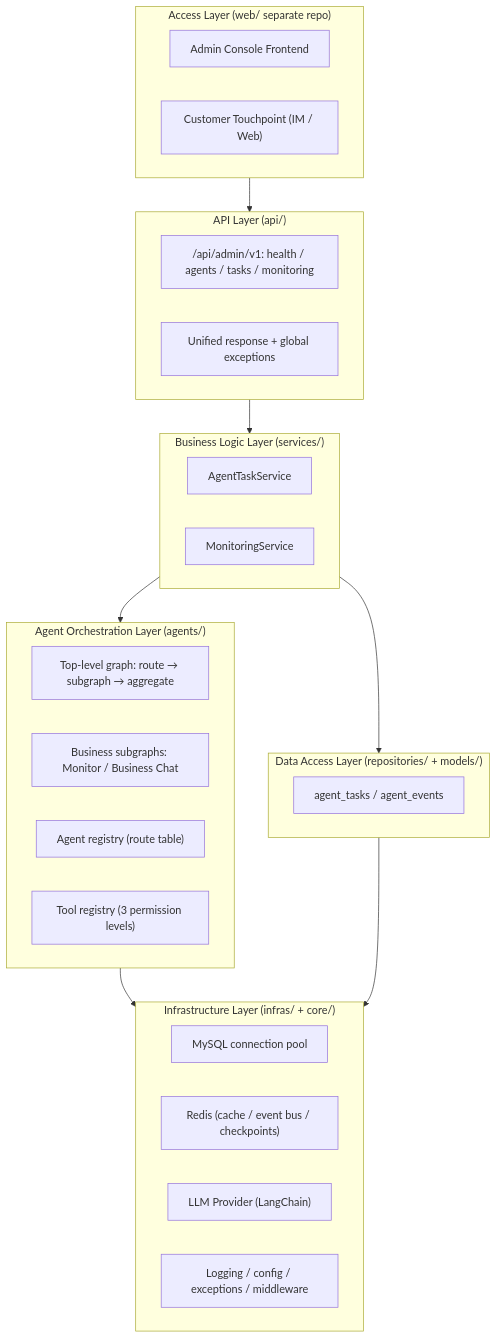
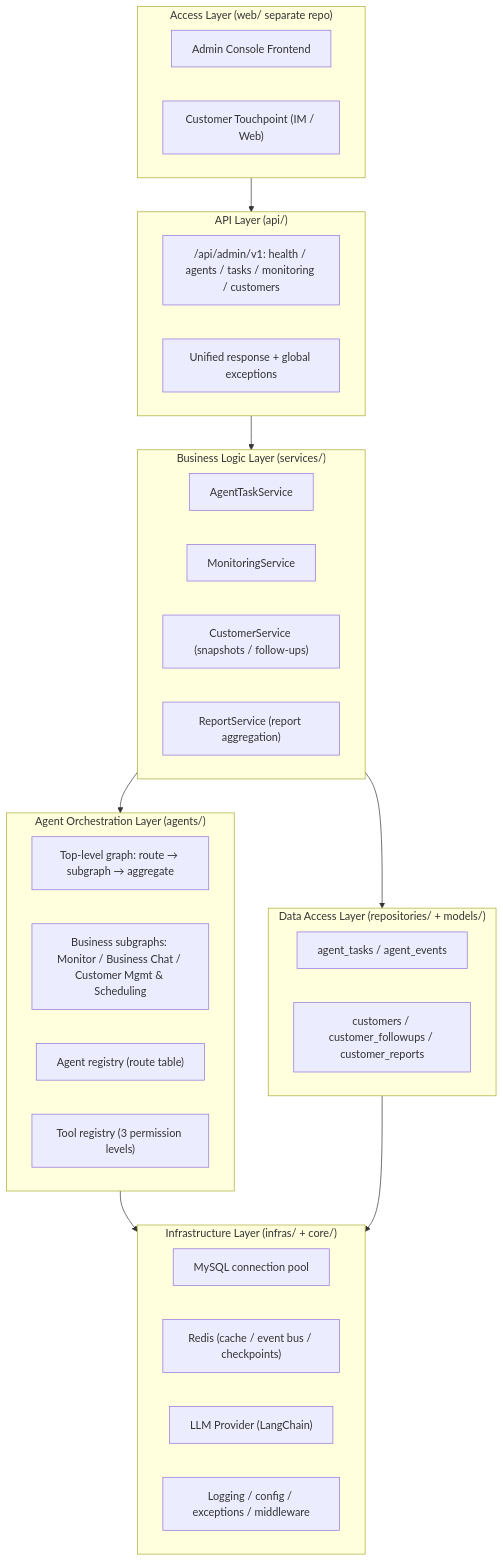
Before and after one commit to chain-engine/x-BeiChen: the first of 4 diagrams in server/README.en.md, drawn with Mermaid. The commit also changed other lines of this file and 35 other files, not shown here.

````diff
--- a/server/README.en.md
+++ b/server/README.en.md
@@ -198,40 +207,43 @@
 ```mermaid
 flowchart TB
     subgraph Web["Access Layer (web/ separate repo)"]
         W1["Admin Console Frontend"]
         W2["Customer Touchpoint (IM / Web)"]
     end
 
     subgraph API["API Layer (api/)"]
-        A1["/api/admin/v1: health / agents / tasks / monitoring"]
+        A1["/api/admin/v1: health / agents / tasks / monitoring / customers"]
         A2["Unified response + global exceptions"]
     end
 
     subgraph ORCH["Agent Orchestration Layer (agents/)"]
         C1["Top-level graph: route → subgraph → aggregate"]
-        C2["Business subgraphs: Monitor / Business Chat"]
+        C2["Business subgraphs: Monitor / Business Chat / Customer Mgmt & Scheduling"]
         C3["Agent registry (route table)"]
         C4["Tool registry (3 permission levels)"]
     end
 
     subgraph BIZ["Business Logic Layer (services/)"]
         D1["AgentTaskService"]
         D2["MonitoringService"]
+        D3["CustomerService (snapshots / follow-ups)"]
+        D4["ReportService (report aggregation)"]
     end
 
     subgraph DATA["Data Access Layer (repositories/ + models/)"]
         E1["agent_tasks / agent_events"]
+        E2["customers / customer_followups / customer_reports"]
     end
 
     subgraph INFRA["Infrastructure Layer (infras/ + core/)"]
         F1["MySQL connection pool"]
         F2["Redis (cache / event bus / checkpoints)"]
         F3["LLM Provider (LangChain)"]
         F4["Logging / config / exceptions / middleware"]
     end
 
     Web --> API --> BIZ --> DATA
     BIZ --> ORCH
     ORCH --> INFRA
     DATA --> INFRA
 ```
````
